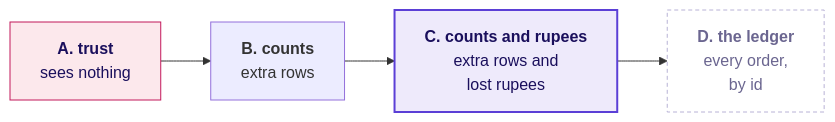
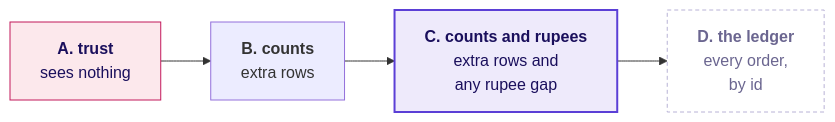
The first of 12 diagrams in content/W01/D5/slides/C2_W01_D05_debrief_STUDENT.md (fde-academy-lab/c2-content-factory), drawn with Mermaid before and after one commit. The commit also changed other lines of this file and 6 other files, not shown here.

````diff
--- a/content/W01/D5/slides/C2_W01_D05_debrief_STUDENT.md
+++ b/content/W01/D5/slides/C2_W01_D05_debrief_STUDENT.md
@@ -186,12 +186,12 @@
 ```mermaid
 flowchart LR
     A["<b>A. trust</b><br/>sees nothing"] --> B["<b>B. counts</b><br/>extra rows"]
-    B --> C["<b>C. counts and rupees</b><br/>extra rows and<br/>lost rupees"]
+    B --> C["<b>C. counts and rupees</b><br/>extra rows and<br/>any rupee gap"]
     C --> D["<b>D. the ledger</b><br/>every order,<br/>by id"]
     classDef bad fill:#FCE8EC,stroke:#C2185B,color:#1A0F5C
     classDef known fill:#EEEAFB,stroke:#5B3FD6,color:#1A0F5C,stroke-width:2px
     classDef unknown fill:#FFFFFF,stroke:#B8B2D6,color:#6B6690,stroke-dasharray:4 3
     class A bad
     class C known
     class D unknown
 ```
````
